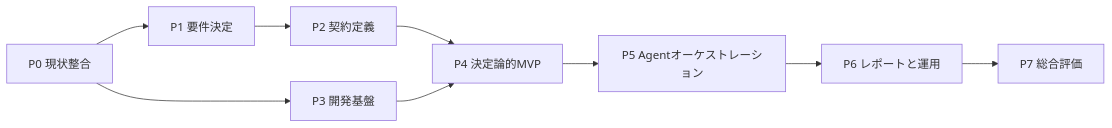
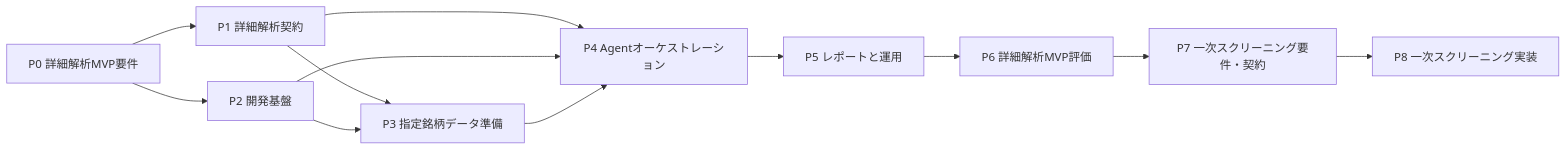
One commit to toike08D17012/system-trade-with-llm-orchestrator changed the diagram in docs/TODO.md. Above: the diagram before and after it, drawn with Mermaid. The commit also changed other lines of this file, not shown here.

````diff
--- a/docs/TODO.md
+++ b/docs/TODO.md
@@ -27,11 +29,14 @@
 ```mermaid
 flowchart LR
-    P0["P0 現状整合"] --> P1["P1 要件決定"]
-    P0 --> P3["P3 開発基盤"]
-    P1 --> P2["P2 契約定義"]
-    P2 --> P4["P4 決定論的MVP"]
+    P0["P0 詳細解析MVP要件"] --> P1["P1 詳細解析契約"]
+    P0 --> P2["P2 開発基盤"]
+    P1 --> P3["P3 指定銘柄データ準備"]
+    P2 --> P3
+    P1 --> P4["P4 Agentオーケストレーション"]
+    P2 --> P4
     P3 --> P4
-    P4 --> P5["P5 Agentオーケストレーション"]
-    P5 --> P6["P6 レポートと運用"]
-    P6 --> P7["P7 総合評価"]
+    P4 --> P5["P5 レポートと運用"]
+    P5 --> P6["P6 詳細解析MVP評価"]
+    P6 --> P7["P7 一次スクリーニング要件・契約"]
+    P7 --> P8["P8 一次スクリーニング実装"]
 ```
````
